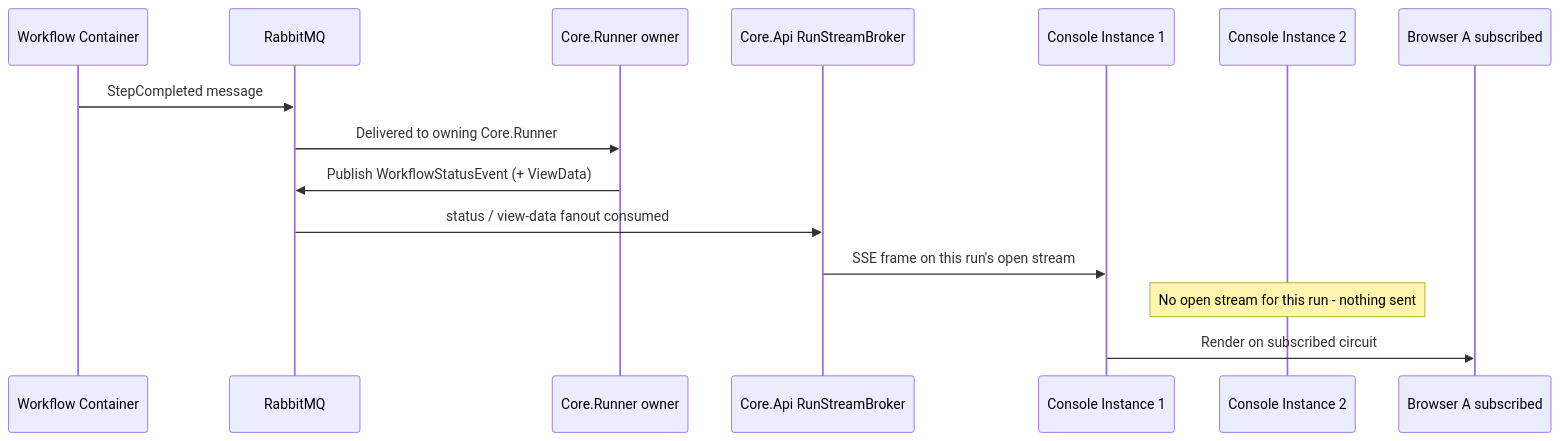
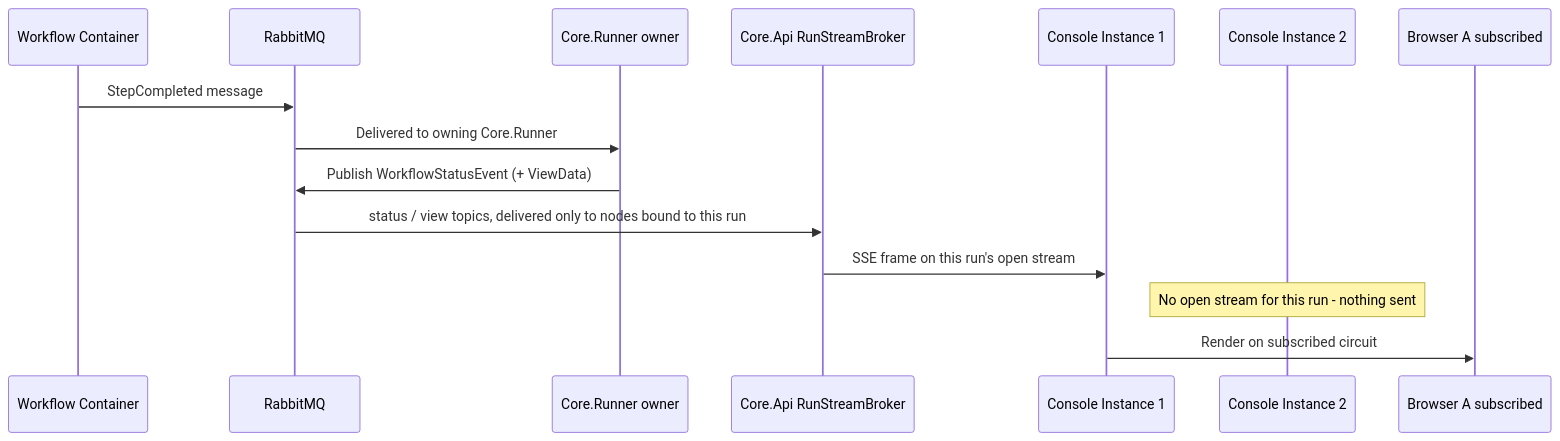
One commit to FelixKlakow/Auxilia changed diagram 11 of 13 in docs/ARCHITECTURE.md. Above: the diagram before and after it, drawn with Mermaid. The commit also changed other lines of this file and 33 other files, not shown here.

````diff
--- a/docs/ARCHITECTURE.md
+++ b/docs/ARCHITECTURE.md
@@ -806,17 +808,17 @@
 ```mermaid
 sequenceDiagram
     participant WF as Workflow Container
     participant BUS as RabbitMQ
     participant SI as Core.Runner owner
     participant API as Core.Api RunStreamBroker
     participant BS1 as Console Instance 1
     participant BS2 as Console Instance 2
     participant UA as Browser A subscribed
     WF->>BUS: StepCompleted message
     BUS->>SI: Delivered to owning Core.Runner
     SI->>BUS: Publish WorkflowStatusEvent (+ ViewData)
-    BUS->>API: status / view-data fanout consumed
+    BUS->>API: status / view topics, delivered only to nodes bound to this run
     API->>BS1: SSE frame on this run's open stream
     Note over BS2: No open stream for this run - nothing sent
     BS1->>UA: Render on subscribed circuit
 ```
````
